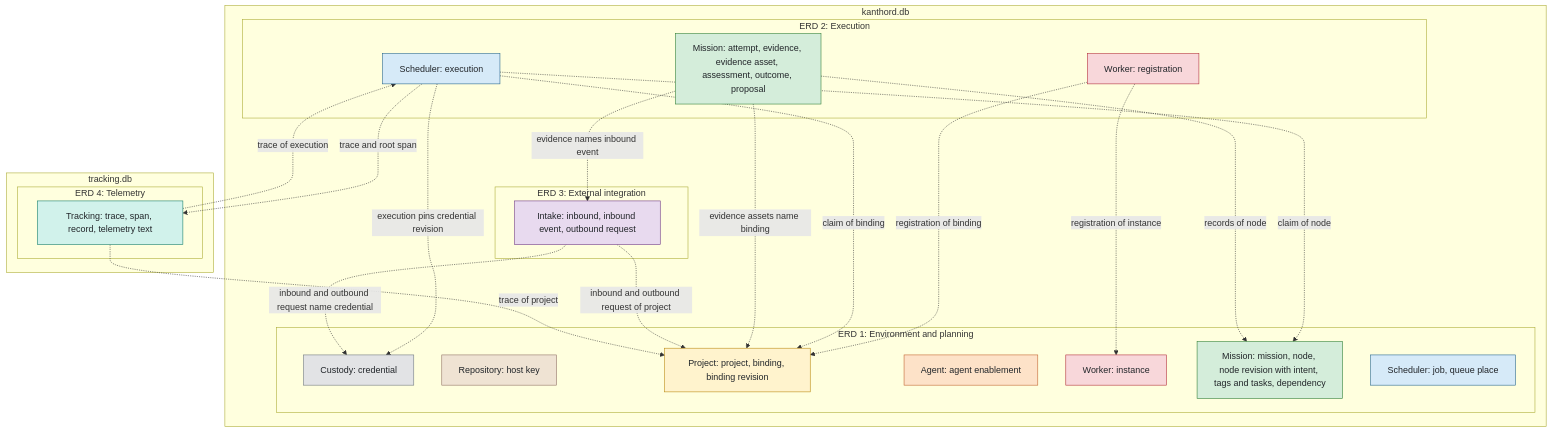
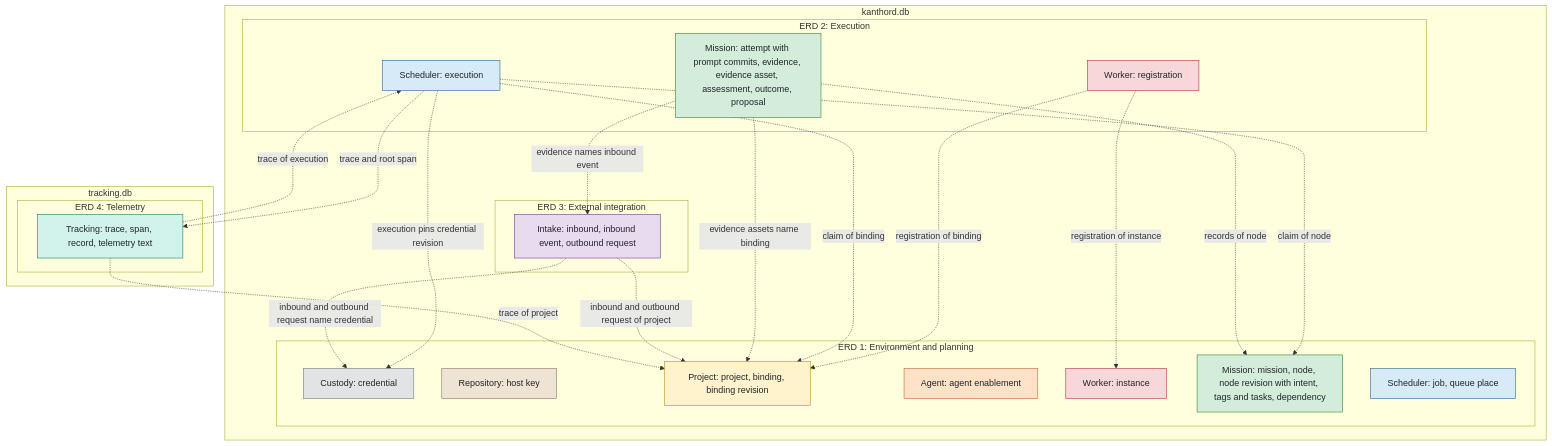
One commit to kanthorlabs/kanthord changed the diagram in docs/reference/erd/README.md. Above: the diagram before and after it, drawn with Mermaid. The commit also changed 20 other files, not shown here.

````diff
--- a/docs/reference/erd/README.md
+++ b/docs/reference/erd/README.md
@@ -32,63 +32,63 @@
 ```mermaid
 flowchart TB
     subgraph db1["kanthord.db"]
         subgraph v1["ERD 1: Environment and planning"]
             c1["Custody: credential"]
             r1["Repository: host key"]
             p1["Project: project, binding, binding revision"]
             a1["Agent: agent enablement"]
             w1["Worker: instance"]
             m1["Mission: mission, node, node revision with intent, tags and tasks, dependency"]
             s1["Scheduler: job, queue place"]
         end
         subgraph v2["ERD 2: Execution"]
             w2["Worker: registration"]
             s2["Scheduler: execution"]
-            m2["Mission: attempt, evidence, evidence asset, assessment, outcome, proposal"]
+            m2["Mission: attempt with prompt commits, evidence, evidence asset, assessment, outcome, proposal"]
         end
         subgraph v3["ERD 3: External integration"]
             i3["Intake: inbound, inbound event, outbound request"]
         end
     end
     subgraph db2["tracking.db"]
         subgraph v4["ERD 4: Telemetry"]
             t4["Tracking: trace, span, record, telemetry text"]
         end
     end
 
     w2 -.->|registration of binding| p1
     w2 -.->|registration of instance| w1
     s2 -.->|claim of node| m1
     s2 -.->|claim of binding| p1
     s2 -.->|execution pins credential revision| c1
     m2 -.->|records of node| m1
     m2 -.->|evidence assets name binding| p1
 
     i3 -.->|inbound and outbound request of project| p1
     i3 -.->|inbound and outbound request name credential| c1
     m2 -.->|evidence names inbound event| i3
 
     t4 -.->|trace of execution| s2
     s2 -.->|trace and root span| t4
     t4 -.->|trace of project| p1
 
     classDef custody fill:#e2e3e5,stroke:#6c757d,color:#212529
     classDef repository fill:#efe3d3,stroke:#8d6e63,color:#212529
     classDef project fill:#fff3cd,stroke:#b8860b,color:#212529
     classDef worker fill:#f8d7da,stroke:#b02a37,color:#212529
     classDef agent fill:#fde2c8,stroke:#c0602b,color:#212529
     classDef mission fill:#d4edda,stroke:#2e7d32,color:#212529
     classDef scheduler fill:#d6eaf8,stroke:#1f618d,color:#212529
     classDef intake fill:#e8daef,stroke:#6c3483,color:#212529
     classDef tracking fill:#d1f2eb,stroke:#117a65,color:#212529
 
     class c1 custody
     class r1 repository
     class p1 project
     class w1,w2 worker
     class a1 agent
     class m1,m2 mission
     class s1,s2 scheduler
     class i3 intake
     class t4 tracking
 ```
````
